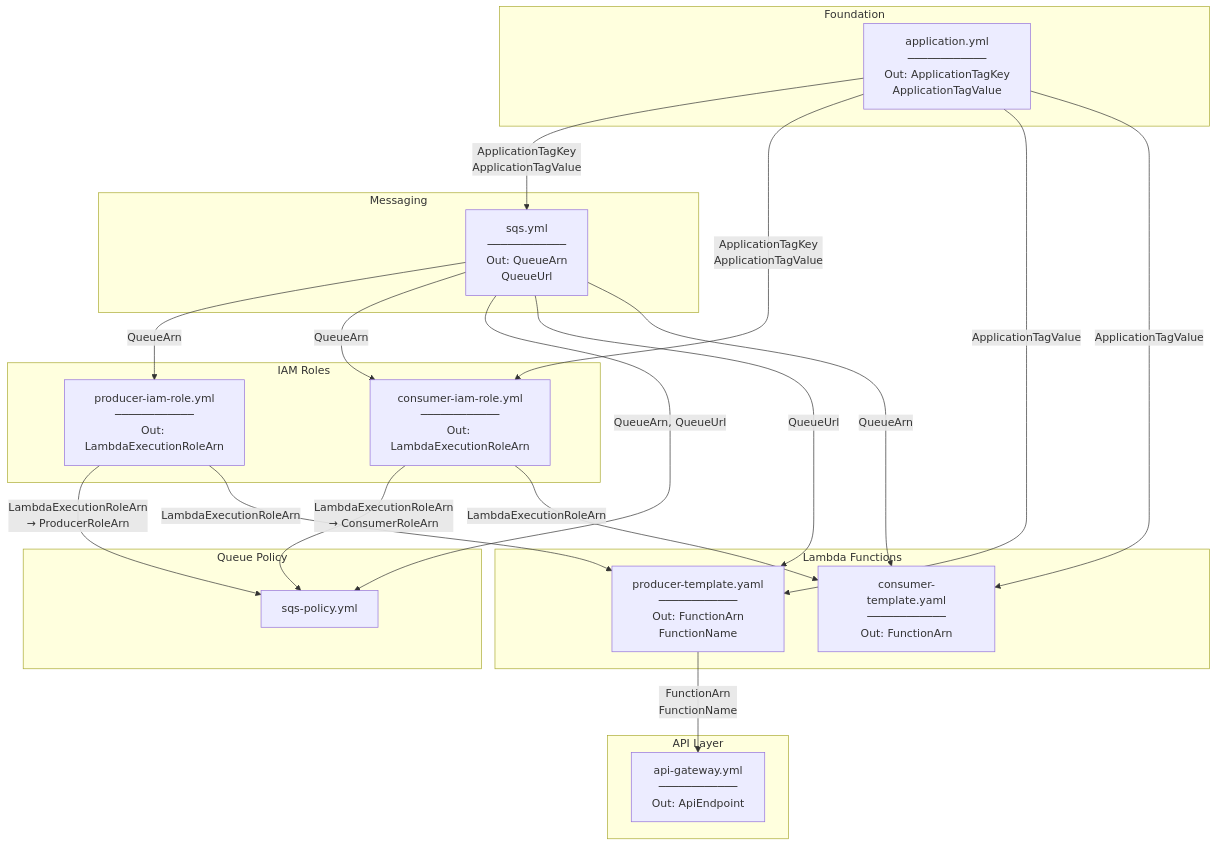
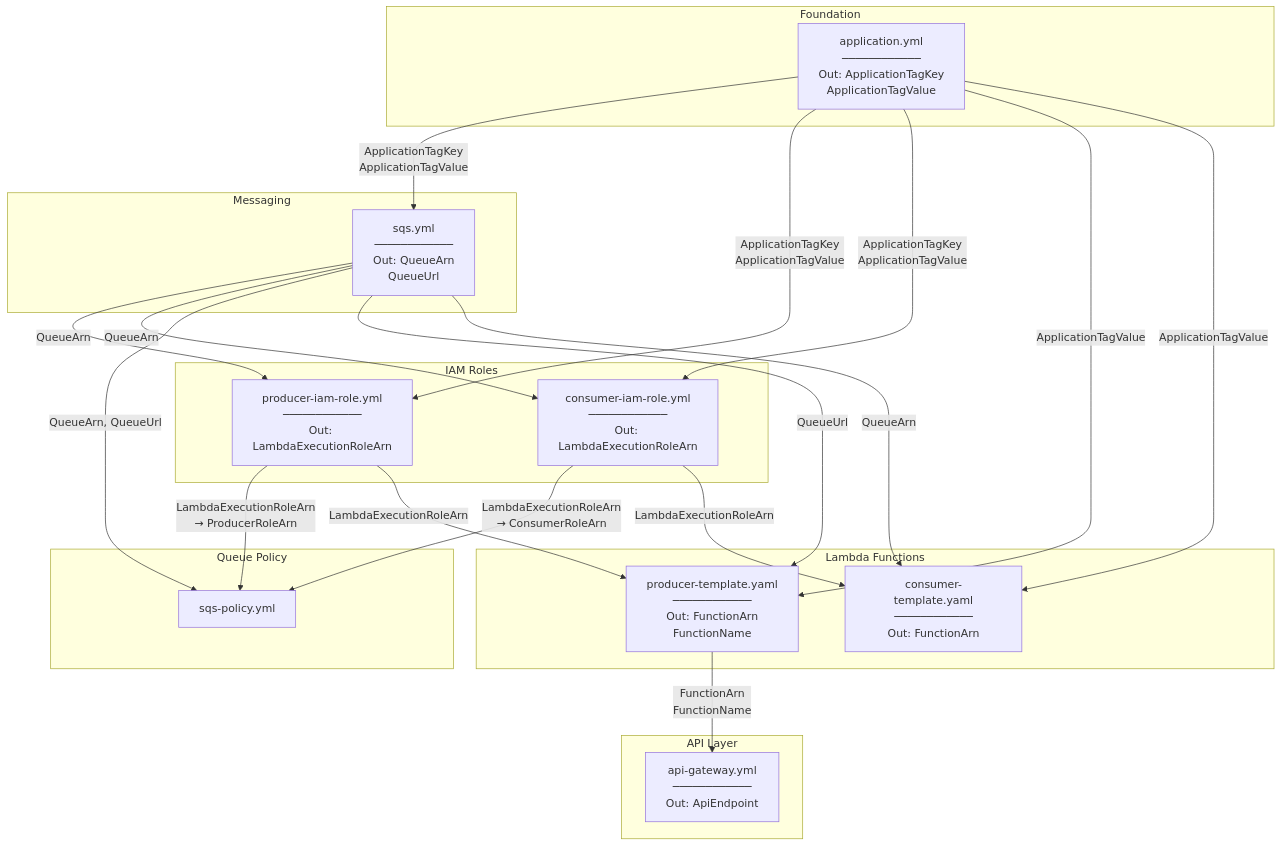
Before and after one commit to mb-dot-dev/stockholm-api-gateway-http-api: the diagram in README.md, drawn with Mermaid.

Commit message:
Update README.md to include relationship between APP and PROD_ROLE in CloudFormation diagram

````diff
--- a/README.md
+++ b/README.md
@@ -5,47 +5,48 @@
 ```mermaid
 flowchart TD
     subgraph app_stack["Foundation"]
         APP["application.yml\n────────────\nOut: ApplicationTagKey\n     ApplicationTagValue"]
     end
 
     subgraph sqs_stack["Messaging"]
         SQS["sqs.yml\n────────────\nOut: QueueArn\n     QueueUrl"]
     end
 
     subgraph iam_stack["IAM Roles"]
         PROD_ROLE["producer-iam-role.yml\n────────────\nOut: LambdaExecutionRoleArn"]
         CONS_ROLE["consumer-iam-role.yml\n────────────\nOut: LambdaExecutionRoleArn"]
     end
 
     subgraph lambda_stack["Lambda Functions"]
         PRODUCER["producer-template.yaml\n────────────\nOut: FunctionArn\n     FunctionName"]
         CONSUMER["consumer-template.yaml\n────────────\nOut: FunctionArn"]
     end
 
     subgraph policy_stack["Queue Policy"]
         SQS_POL["sqs-policy.yml"]
     end
 
     subgraph api_stack["API Layer"]
         APIGW["api-gateway.yml\n────────────\nOut: ApiEndpoint"]
     end
 
     APP -->|"ApplicationTagKey\nApplicationTagValue"| SQS
+    APP -->|"ApplicationTagKey\nApplicationTagValue"| PROD_ROLE
     APP -->|"ApplicationTagKey\nApplicationTagValue"| CONS_ROLE
     APP -->|"ApplicationTagValue"| PRODUCER
     APP -->|"ApplicationTagValue"| CONSUMER
 
     SQS -->|"QueueArn"| PROD_ROLE
     SQS -->|"QueueArn"| CONS_ROLE
     SQS -->|"QueueArn, QueueUrl"| SQS_POL
     SQS -->|"QueueUrl"| PRODUCER
     SQS -->|"QueueArn"| CONSUMER
 
     PROD_ROLE -->|"LambdaExecutionRoleArn\n→ ProducerRoleArn"| SQS_POL
     PROD_ROLE -->|"LambdaExecutionRoleArn"| PRODUCER
 
     CONS_ROLE -->|"LambdaExecutionRoleArn\n→ ConsumerRoleArn"| SQS_POL
     CONS_ROLE -->|"LambdaExecutionRoleArn"| CONSUMER
 
     PRODUCER -->|"FunctionArn\nFunctionName"| APIGW
 ```
````
